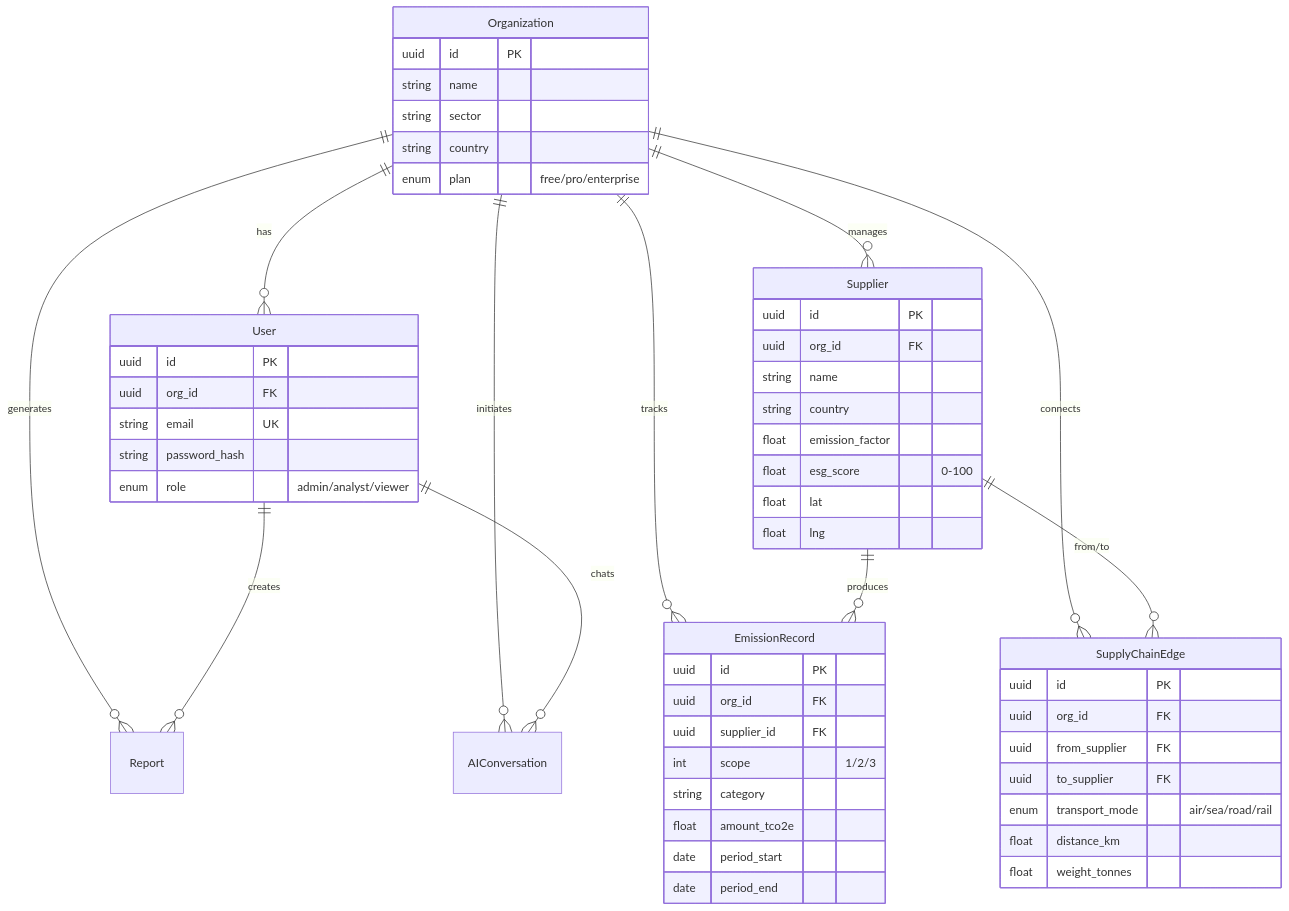
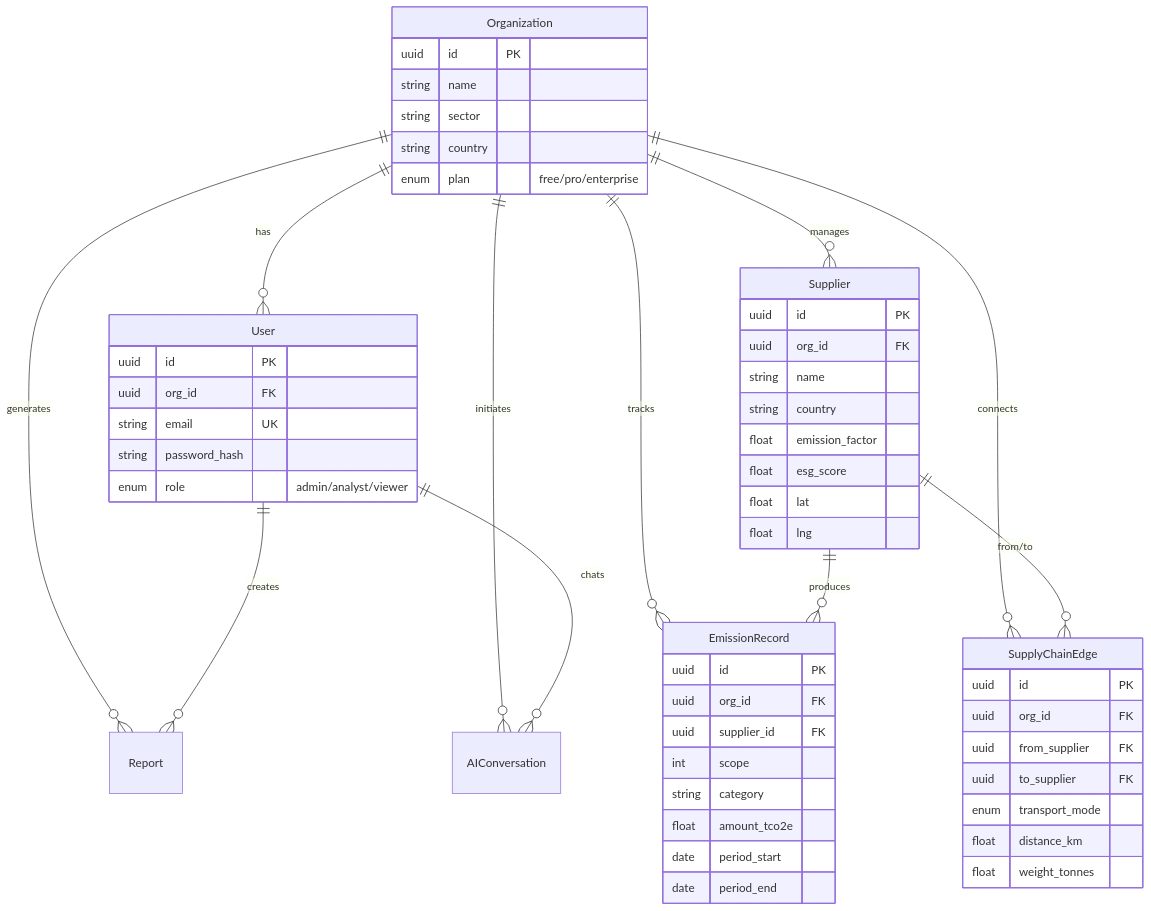
One commit to stack-rishi/CarbonLens changed the diagram in README.md. Above: the diagram before and after it, drawn with Mermaid. The commit also changed other lines of this file and 5 other files, not shown here.

````diff
--- a/README.md
+++ b/README.md
@@ -403,63 +213,63 @@
 ```mermaid
 erDiagram
     Organization ||--o{ User : has
     Organization ||--o{ Supplier : manages
     Organization ||--o{ EmissionRecord : tracks
     Organization ||--o{ SupplyChainEdge : connects
     Organization ||--o{ Report : generates
     Organization ||--o{ AIConversation : initiates
 
     Supplier ||--o{ EmissionRecord : produces
     Supplier ||--o{ SupplyChainEdge : "from/to"
 
     User ||--o{ Report : creates
     User ||--o{ AIConversation : chats
 
     Organization {
         uuid id PK
         string name
         string sector
         string country
         enum plan "free/pro/enterprise"
     }
 
     User {
         uuid id PK
         uuid org_id FK
         string email UK
         string password_hash
         enum role "admin/analyst/viewer"
     }
 
     Supplier {
         uuid id PK
         uuid org_id FK
         string name
         string country
         float emission_factor
-        float esg_score "0-100"
+        float esg_score
         float lat
         float lng
     }
 
     EmissionRecord {
         uuid id PK
         uuid org_id FK
         uuid supplier_id FK
-        int scope "1/2/3"
+        int scope
         string category
         float amount_tco2e
         date period_start
         date period_end
     }
 
     SupplyChainEdge {
         uuid id PK
         uuid org_id FK
         uuid from_supplier FK
         uuid to_supplier FK
-        enum transport_mode "air/sea/road/rail"
+        enum transport_mode
         float distance_km
         float weight_tonnes
     }
 ```
````
